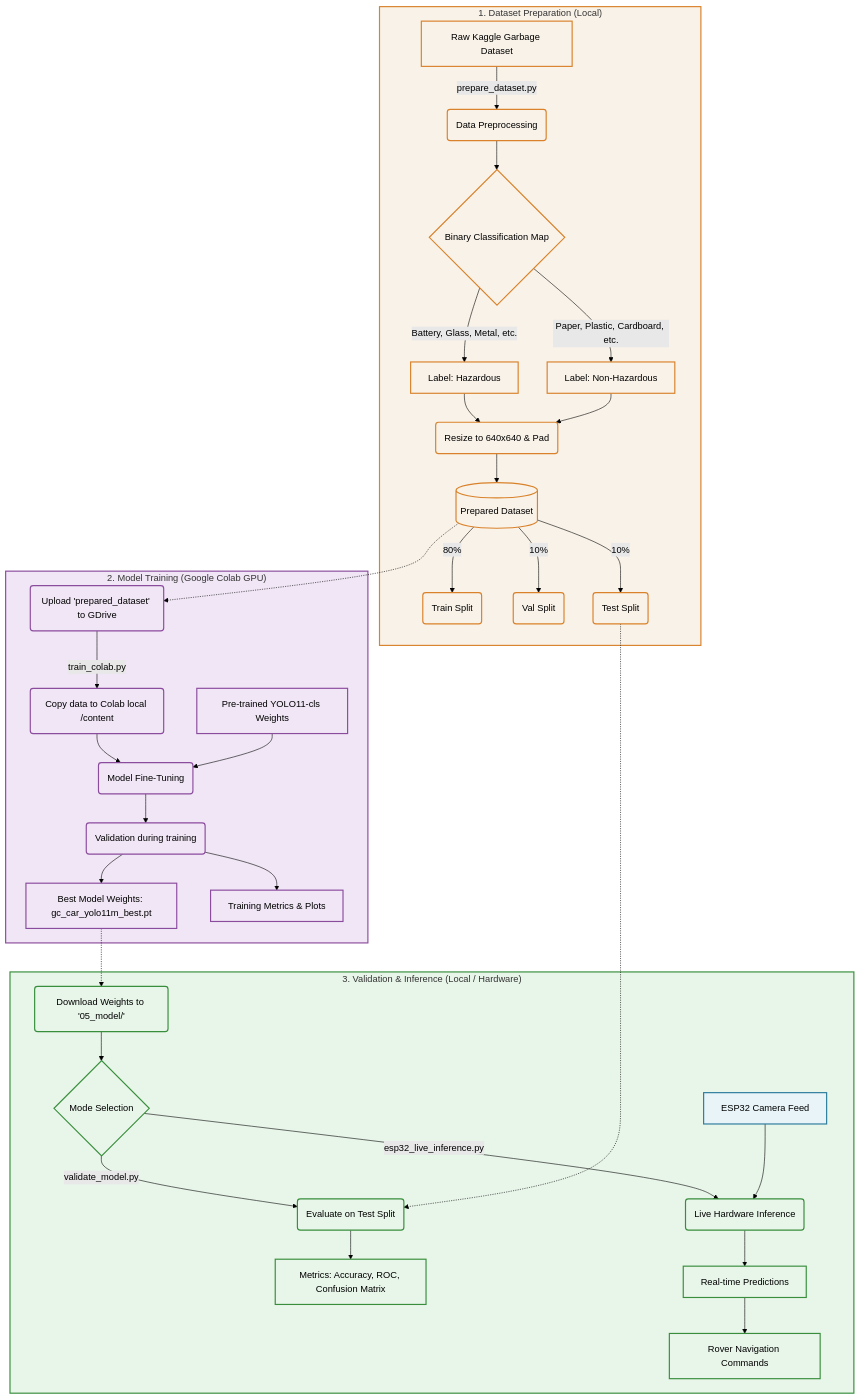
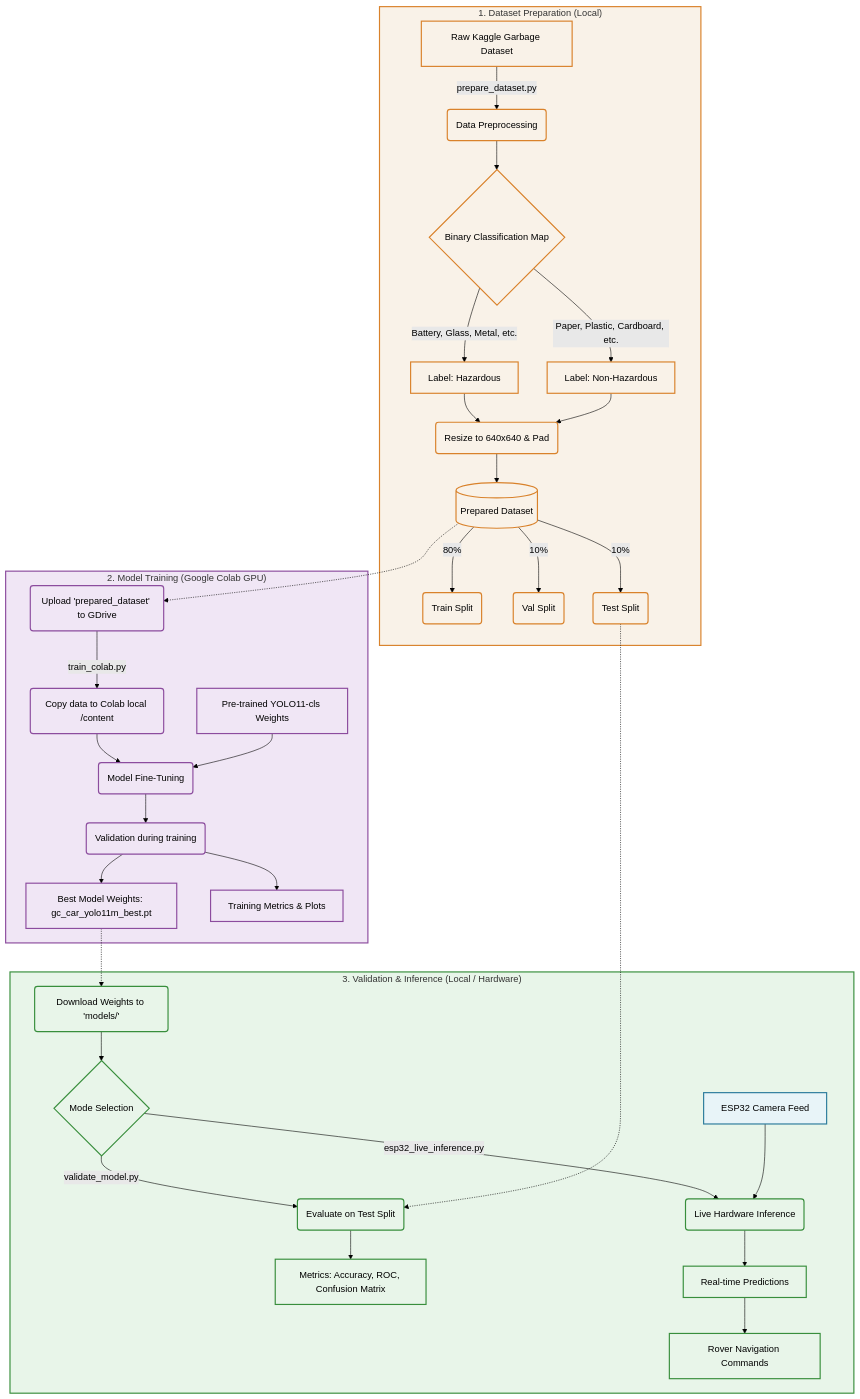
The diagram in README.md (Vedant-1724/GestureBot-Ai), drawn with Mermaid (forest theme) before and after one commit. The commit also changed other lines of this file and 24539 other files, not shown here.

````diff
--- a/README.md
+++ b/README.md
@@ -7,59 +7,59 @@
 ```mermaid
 flowchart TD
     %% Define Styles
     classDef hardware fill:#e8f4f8,stroke:#2b7b9b,stroke-width:2px;
     classDef data fill:#f9f2e8,stroke:#d9822b,stroke-width:2px;
     classDef cloud fill:#f0e6f5,stroke:#8c4c9e,stroke-width:2px;
     classDef model fill:#e8f5e9,stroke:#388e3c,stroke-width:2px;
 
     %% 1. Dataset Preparation Phase
     subgraph DataPrep ["1. Dataset Preparation (Local)"]
         A[Raw Kaggle Garbage Dataset] -->|prepare_dataset.py| B(Data Preprocessing)
         B --> C{Binary Classification Map}
         C -->|Battery, Glass, Metal, etc.| D[Label: Hazardous]
         C -->|Paper, Plastic, Cardboard, etc.| E[Label: Non-Hazardous]
         D --> F(Resize to 640x640 & Pad)
         E --> F
         F --> G[(Prepared Dataset)]
         G -->|80%| H(Train Split)
         G -->|10%| I(Val Split)
         G -->|10%| J(Test Split)
     end
     class DataPrep,A,B,C,D,E,F,G,H,I,J data;
 
     %% 2. Training Phase
     subgraph Training ["2. Model Training (Google Colab GPU)"]
         K(Upload 'prepared_dataset' to GDrive)
         L[Pre-trained YOLO11-cls Weights]
         
         K -->|train_colab.py| M(Copy data to Colab local /content)
         M --> N(Model Fine-Tuning)
         L --> N
         N --> O(Validation during training)
         O --> P[Best Model Weights: gc_car_yolo11m_best.pt]
         O --> Q[Training Metrics & Plots]
     end
     class Training,K,L,M,N,O,P,Q cloud;
 
     %% 3. Validation & Inference Phase
     subgraph Inference ["3. Validation & Inference (Local / Hardware)"]
-        R(Download Weights to '05_model/')
+        R(Download Weights to 'models/')
         S{Mode Selection}
         
         R --> S
         S -->|validate_model.py| T(Evaluate on Test Split)
         T --> U[Metrics: Accuracy, ROC, Confusion Matrix]
         
         S -->|esp32_live_inference.py| V(Live Hardware Inference)
         W[ESP32 Camera Feed] --> V
         V --> X[Real-time Predictions]
         X --> Y[Rover Navigation Commands]
     end
     class Inference,R,S,T,U,V,X,Y model;
     class W hardware;
 
     %% Connections between Subgraphs
     G -.-> K
     P -.-> R
     J -.-> T
 ```
````
